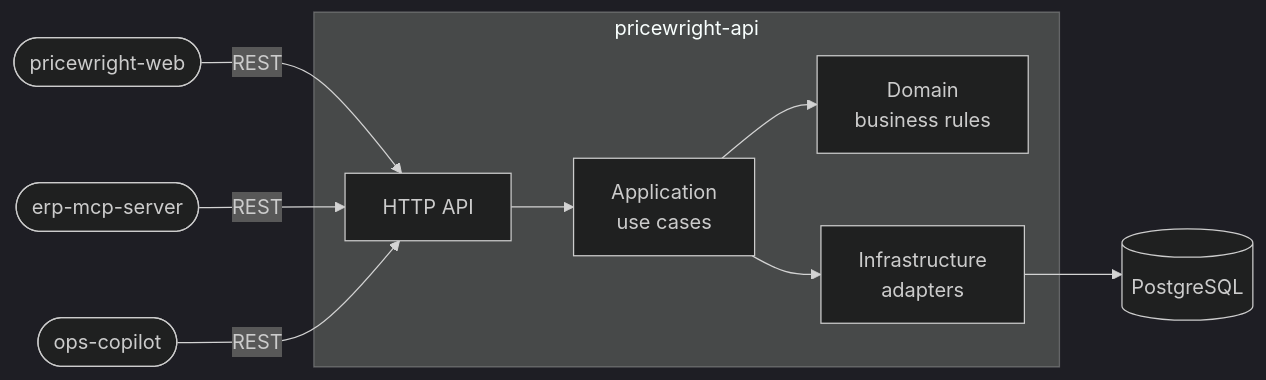
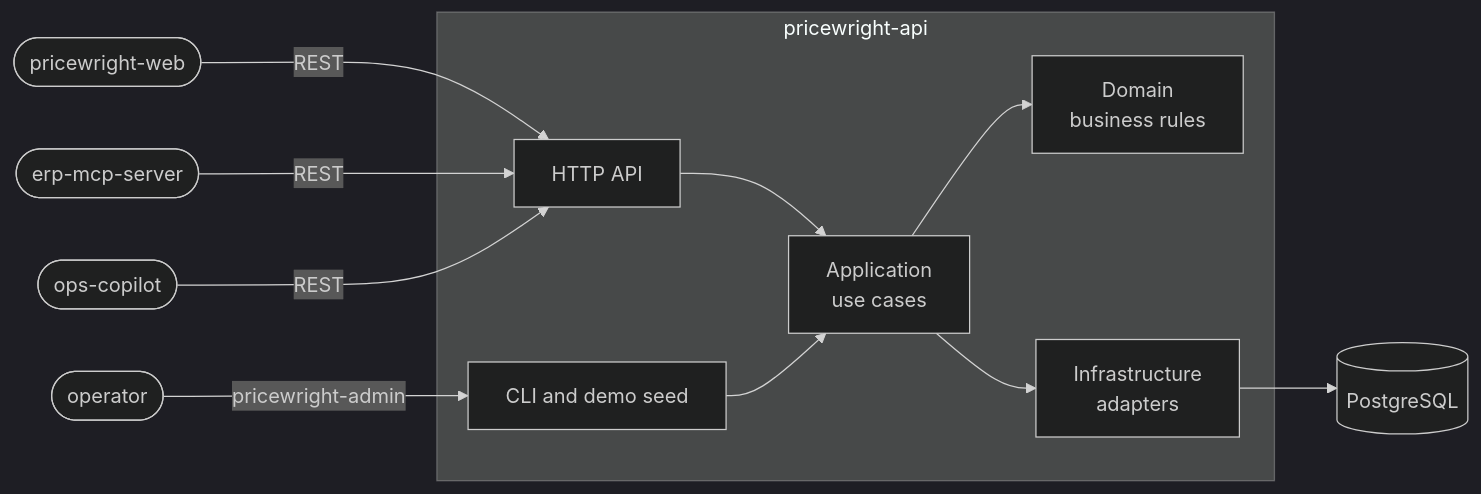
The diagram in README.md (odvprogra/pricewright-api), drawn with Mermaid (dark theme) before and after one commit. The commit also changed other lines of this file and 3 other files, not shown here.

Commit message:
docs: close the presentable checkpoint in the README, CLAUDE.md, architecture and brief (#79)

````diff
--- a/README.md
+++ b/README.md
@@ -48,12 +139,14 @@
 ```mermaid
 flowchart LR
     web([pricewright-web]) -->|REST| api
     mcp([erp-mcp-server]) -->|REST| api
     copilot([ops-copilot]) -->|REST| api
+    operator([operator]) -->|pricewright-admin| cli
     subgraph service[pricewright-api]
         api[HTTP API] --> app[Application<br/>use cases]
+        cli[CLI and demo seed] --> app
         app --> domain[Domain<br/>business rules]
         app --> infra[Infrastructure<br/>adapters]
     end
     infra --> db[(PostgreSQL)]
 ```
````
